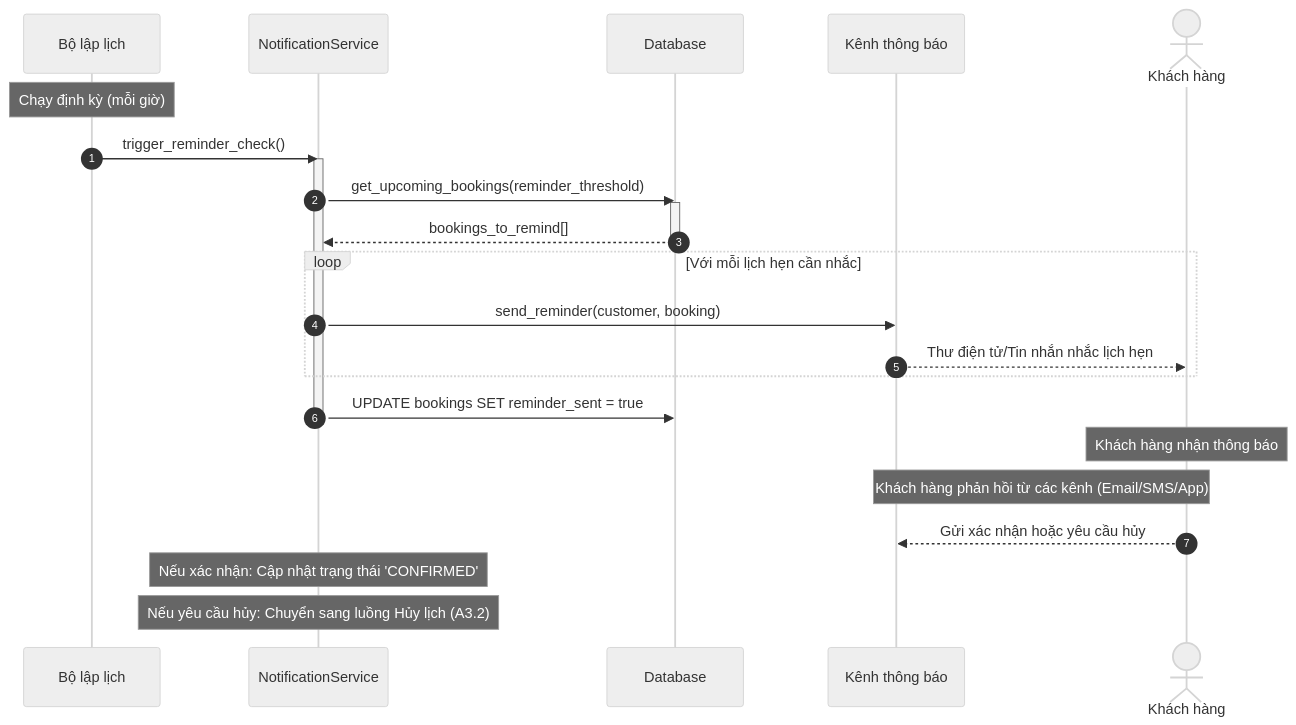
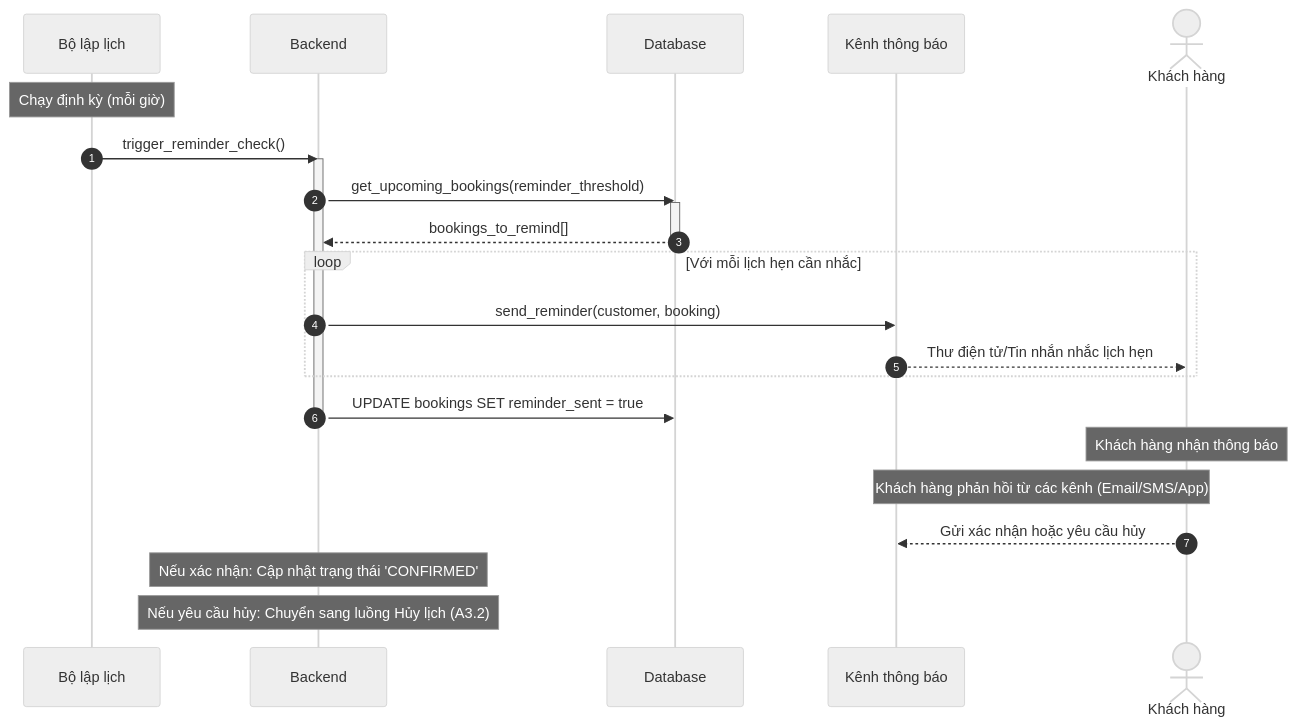
Before and after one commit to ngoctinn/Synapse: the ninth of 10 diagrams in docs/design/sequences/customer_flows.md, drawn with Mermaid (neutral theme). The commit also changed other lines of this file and 7 other files, not shown here.

Commit message:
docs: Add initial design documentation for authentication, user flows, and algorithm specification.

````diff
--- a/docs/design/sequences/customer_flows.md
+++ b/docs/design/sequences/customer_flows.md
@@ -403,33 +289,33 @@
 ```mermaid
 sequenceDiagram
     autonumber
     participant CRON as Bộ lập lịch
-    participant S as NotificationService
+    participant BE as Backend
     participant DB as Database
     participant NOTI as Kênh thông báo
     actor KH as Khách hàng
 
     Note over CRON: Chạy định kỳ (mỗi giờ)
-    CRON->>S: trigger_reminder_check()
-    activate S
+    CRON->>BE: trigger_reminder_check()
+    activate BE
 
-    S->>DB: get_upcoming_bookings(reminder_threshold)
+    BE->>DB: get_upcoming_bookings(reminder_threshold)
     activate DB
-    DB-->>S: bookings_to_remind[]
+    DB-->>BE: bookings_to_remind[]
     deactivate DB
 
     loop Với mỗi lịch hẹn cần nhắc
-        S->>NOTI: send_reminder(customer, booking)
+        BE->>NOTI: send_reminder(customer, booking)
         NOTI-->>KH: Thư điện tử/Tin nhắn nhắc lịch hẹn
     end
 
-    S->>DB: UPDATE bookings SET reminder_sent = true
-    deactivate S
+    BE->>DB: UPDATE bookings SET reminder_sent = true
+    deactivate BE
 
     Note over KH: Khách hàng nhận thông báo
     Note over KH,NOTI: Khách hàng phản hồi từ các kênh (Email/SMS/App)
     KH-->>NOTI: Gửi xác nhận hoặc yêu cầu hủy
 
-    Note over S: Nếu xác nhận: Cập nhật trạng thái 'CONFIRMED'
-    Note over S: Nếu yêu cầu hủy: Chuyển sang luồng Hủy lịch (A3.2)
+    Note over BE: Nếu xác nhận: Cập nhật trạng thái 'CONFIRMED'
+    Note over BE: Nếu yêu cầu hủy: Chuyển sang luồng Hủy lịch (A3.2)
 ```
````
